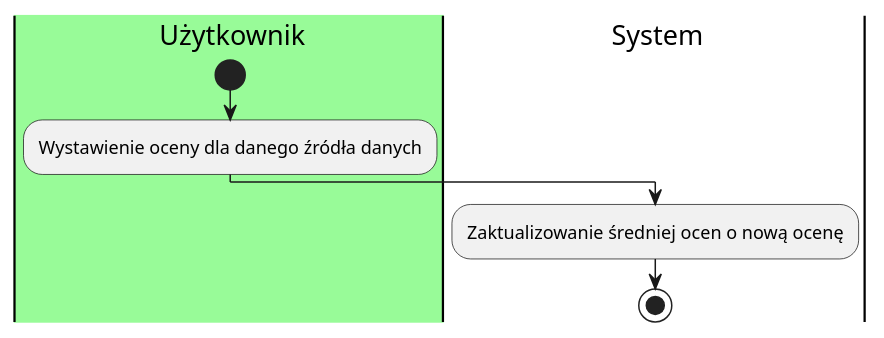
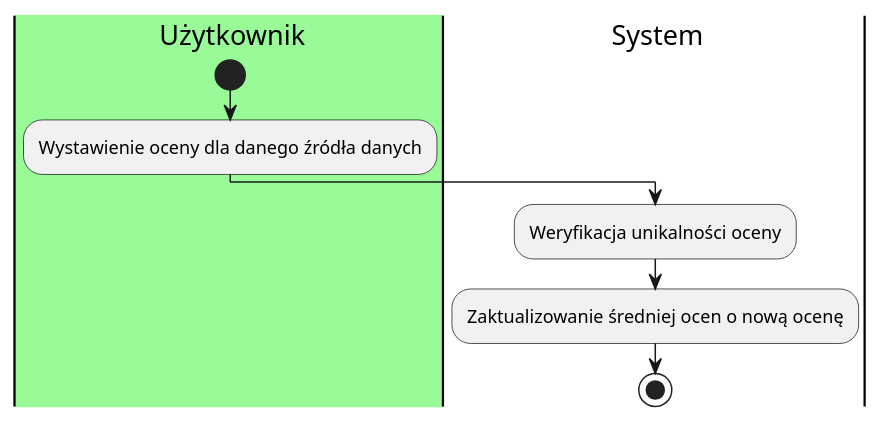
The diagram in dokumentacja/specyfikacja.wymagan/2.opis.biznesu/procesy.biznesowe/procesy/PB0010.puml (aleksanderpiluk/IWO), drawn with PlantUML before and after one commit. The commit also changed 9 other files, not shown here.

```diff
--- a/dokumentacja/specyfikacja.wymagan/2.opis.biznesu/procesy.biznesowe/procesy/PB0010.puml
+++ b/dokumentacja/specyfikacja.wymagan/2.opis.biznesu/procesy.biznesowe/procesy/PB0010.puml
@@ -1,12 +1,13 @@
 @startuml
 
 |#palegreen|u| Użytkownik
 |s| System
 |u|
 start
 :Wystawienie oceny dla danego źródła danych;
 |s|
+:Weryfikacja unikalności oceny;
 :Zaktualizowanie średniej ocen o nową ocenę;
 
 stop
 @enduml
```
